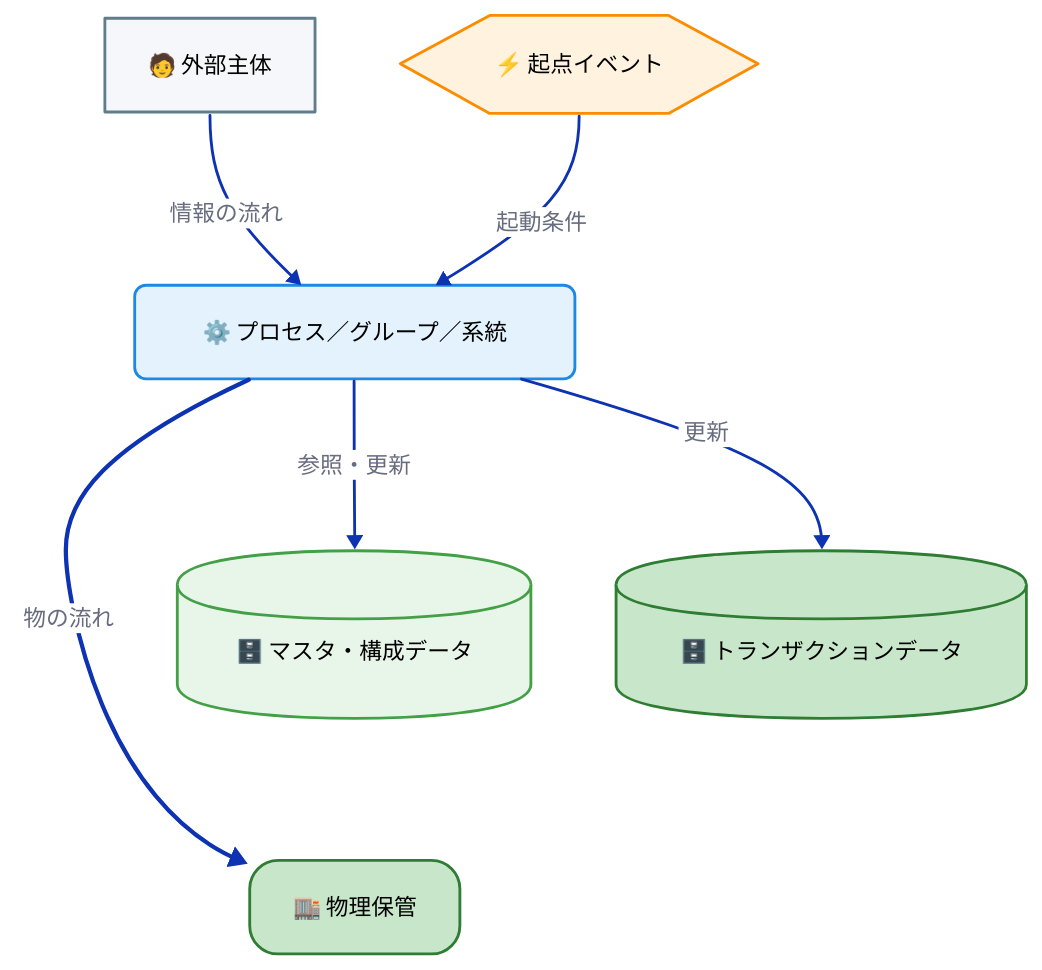
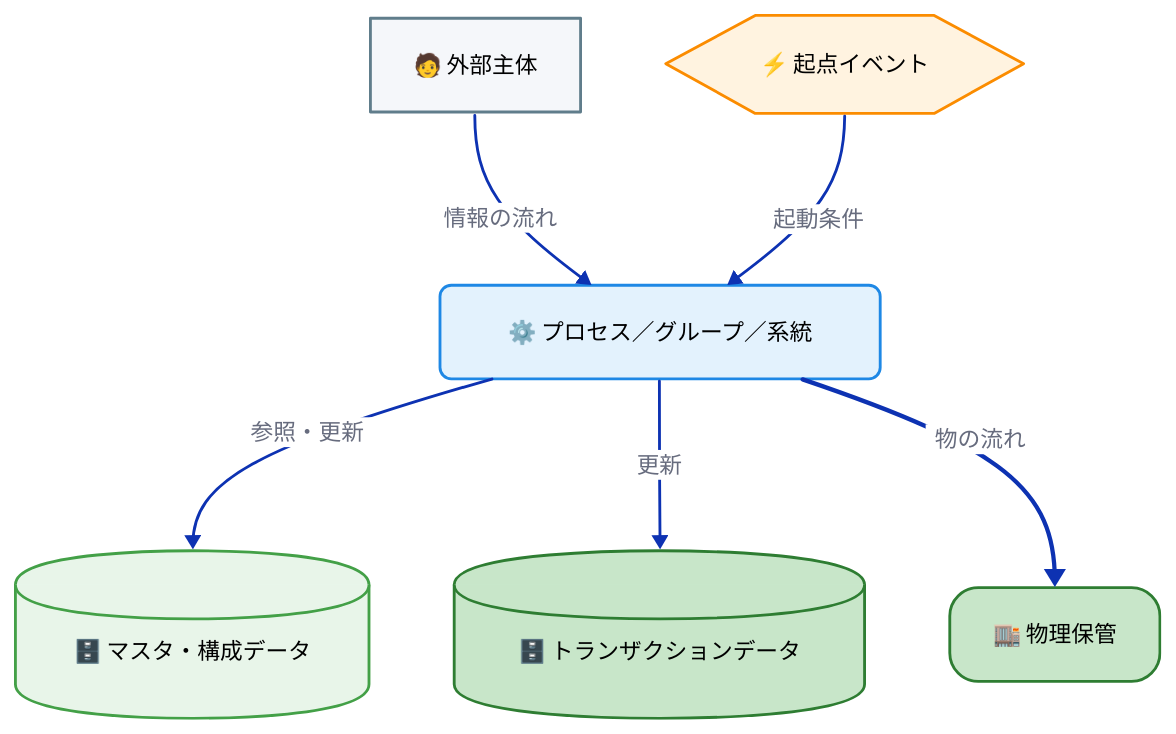
One commit to specdojo/specdojo changed the fourth of 4 diagrams in docs/ja/product/010-business-specs/010-data-flow/cdfd-overview.md. Above: the diagram before and after it, drawn with D2. The commit also changed other lines of this file, not shown here.

Commit message:
docs(cdfd): 全体概要の凡例で物理保管を横に並べ、P-14 の PDCA を全体にする
凡例の図が縦に長くなっていたため、物理保管をデータストアの下に置く配置用の見えない線を外し、
マスタ・構成データとトランザクションデータの横に並べた。
P-14 は PDCA のすべての段を調整するため、Action ではなく全体とした（利用者の指示）。

Refs: prj-0001:PJR-BA37

Claude-Session: https://claude.ai/code/session_01AZvaG8QedyjBbDbNHamLSZ

````diff
--- a/docs/ja/product/010-business-specs/010-data-flow/cdfd-overview.md
+++ b/docs/ja/product/010-business-specs/010-data-flow/cdfd-overview.md
@@ -503,8 +503,4 @@
 process_node -> physical_store_node: "物の流れ" {
   class: material_flow
 }
-
-# 配置制御用（受け渡しではない）: 物理保管をデータストアより下に置く
-master_store -> physical_store_node: {style.opacity: 0}
-transaction_store -> physical_store_node: {style.opacity: 0}
 ```
````
